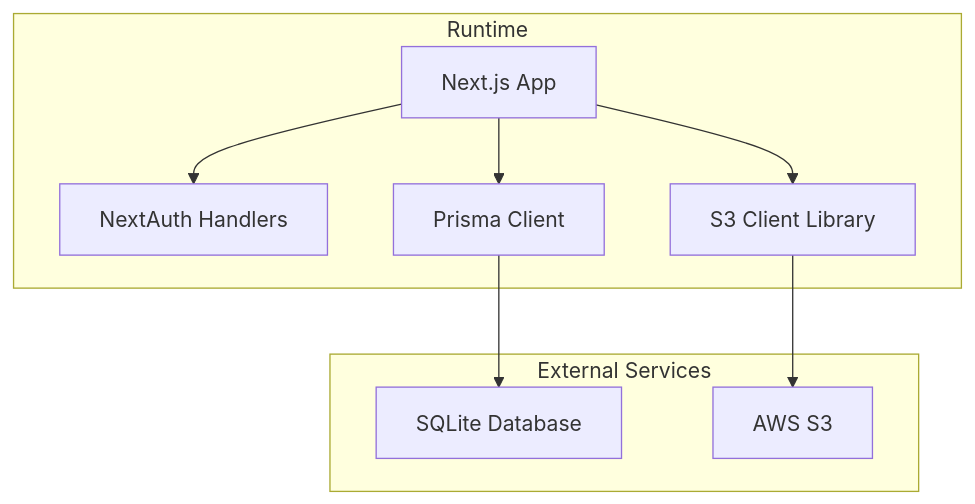
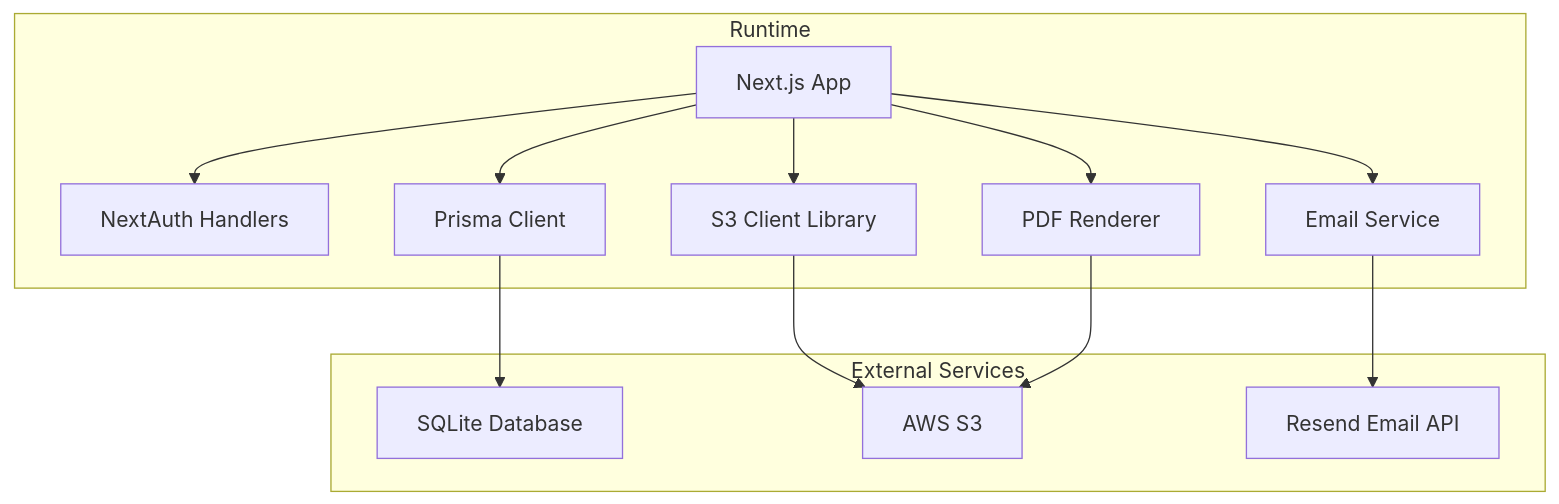
The first of 8 diagrams in .qoder/repowiki/en/content/Configuration & Environment/Environment Variables & Secrets.md (Crowdspender/titchybooks-app), drawn with Mermaid before and after one commit. The commit also changed other lines of this file and 74 other files, not shown here.

````diff
--- a/.qoder/repowiki/en/content/Configuration & Environment/Environment Variables & Secrets.md
+++ b/.qoder/repowiki/en/content/Configuration & Environment/Environment Variables & Secrets.md
@@ -38,18 +54,25 @@
 ```mermaid
 graph TB
 subgraph "Runtime"
 APP["Next.js App"]
 AUTH["NextAuth Handlers"]
 PRISMA["Prisma Client"]
 S3LIB["S3 Client Library"]
+EMAIL["Email Service"]
+PDF["PDF Renderer"]
 end
 subgraph "External Services"
 DB["SQLite Database"]
 S3["AWS S3"]
+RESEND["Resend Email API"]
 end
 APP --> AUTH
 APP --> PRISMA
 APP --> S3LIB
+APP --> EMAIL
+APP --> PDF
 PRISMA --> DB
 S3LIB --> S3
+EMAIL --> RESEND
+PDF --> S3
 ```
````
